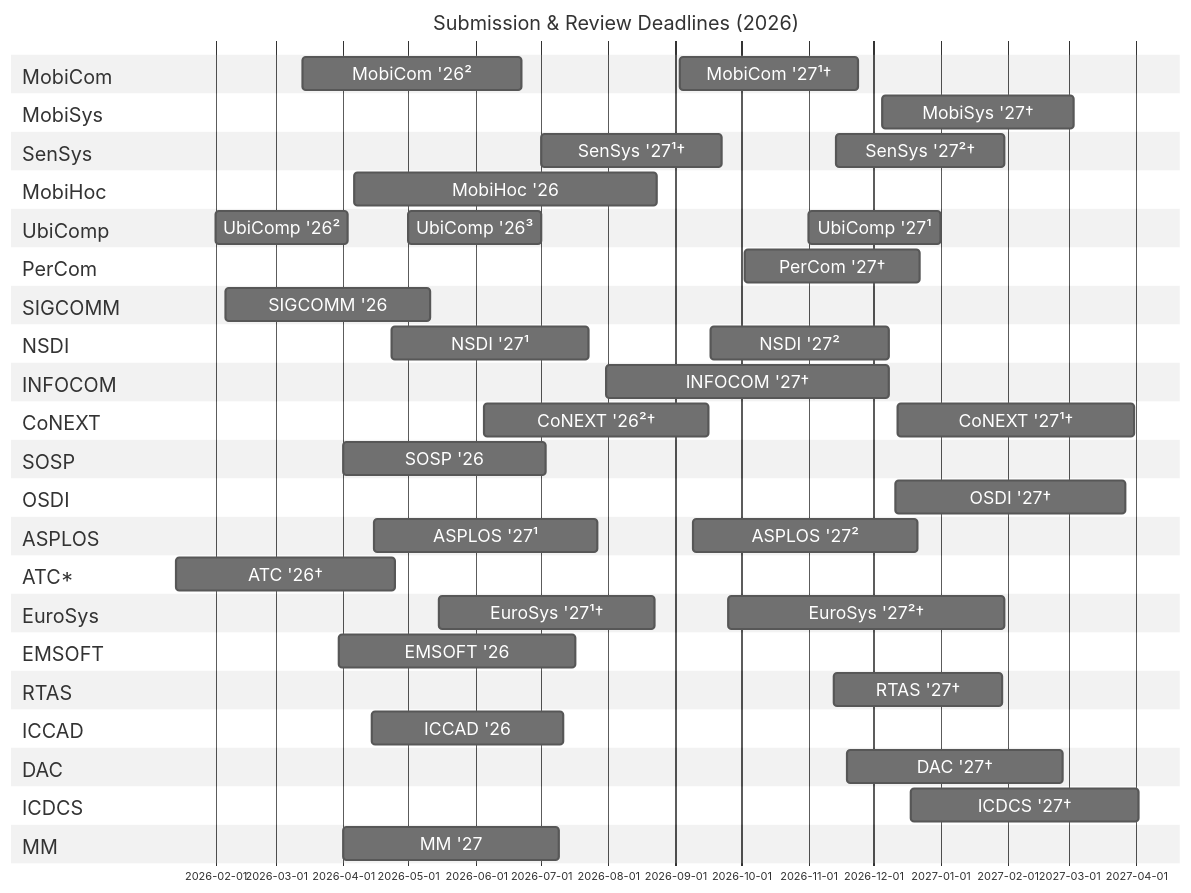
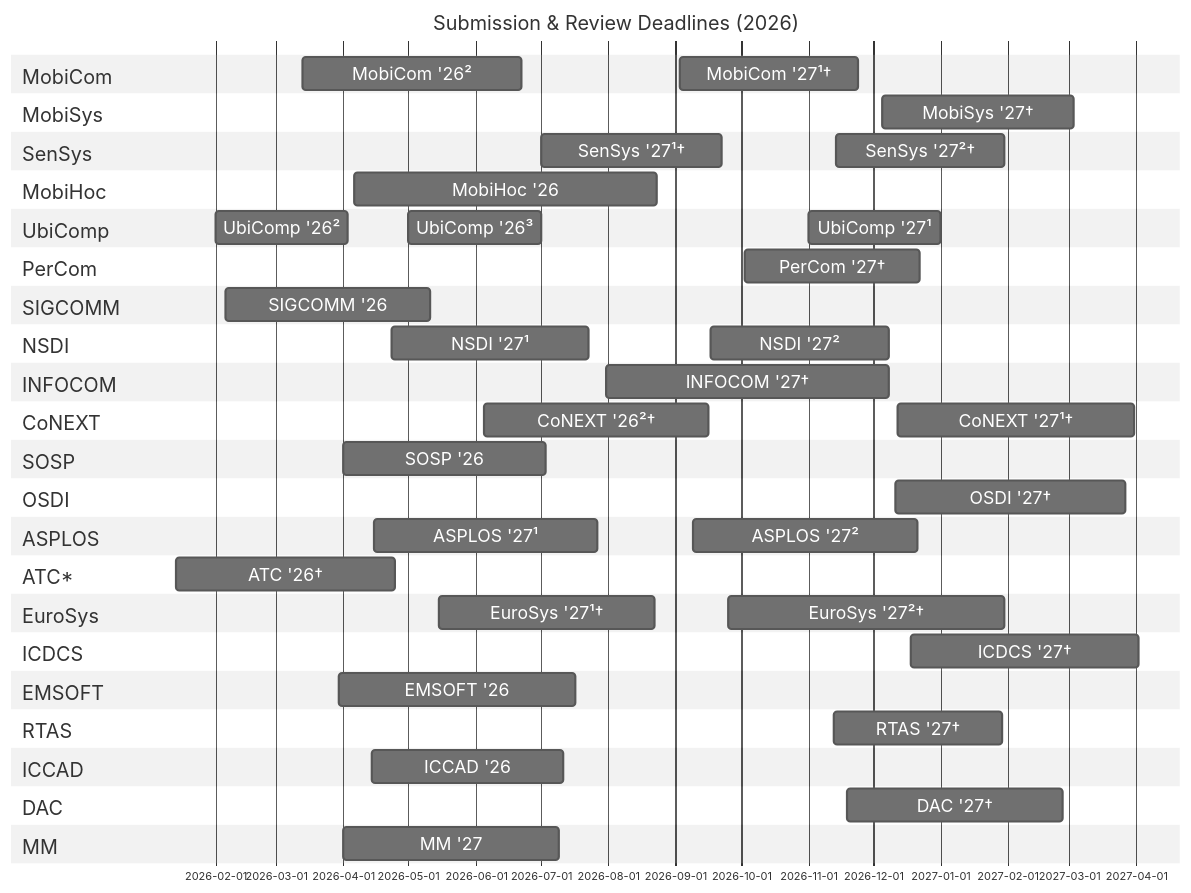
The diagram in README.md (iamseonghoon/Mobile-Systems-Conference-Deadlines), drawn with Mermaid before and after one commit. The commit also changed other lines of this file, not shown here.

First line of the commit message:
Add ICDCS section to README

```diff
--- a/README.md
+++ b/README.md
@@ -83,6 +83,9 @@
     EuroSys '27¹† :eurosys27-review1, 2026-05-15, 99d
     EuroSys '27²† :eurosys27-review2, 2026-09-25, 127d
 
+    section ICDCS
+    ICDCS '27† :icdcs27-review, 2026-12-18, 105d
+
     %% --------------------------
     %% Embedded / EDA
     %% --------------------------
@@ -98,9 +101,6 @@
     section DAC
     DAC '27† :dac27-review, 2026-11-19, 99d
 
-    section ICDCS
-    ICDCS '27† :icdcs27-review, 2026-12-18, 105d
-
     %% --------------------------
     %% Multimedia
     %% --------------------------
```
